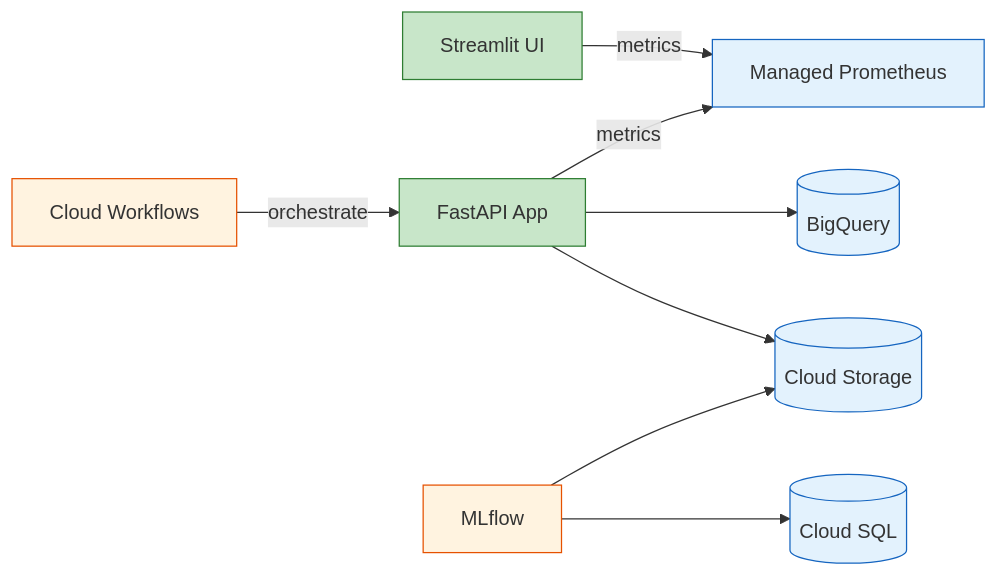
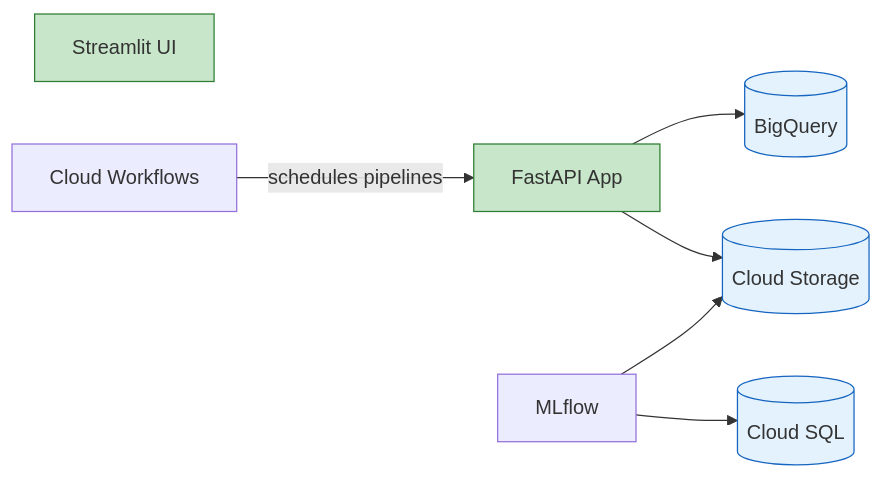
Before and after one commit to javihslu/foehncast: the second of 2 diagrams in README.md, drawn with Mermaid. The commit also changed other lines of this file and 6 other files, not shown here.

````diff
--- a/README.md
+++ b/README.md
@@ -151,21 +91,18 @@
 ```mermaid
 flowchart LR
     classDef public fill:#c8e6c9,stroke:#2e7d32
-    classDef protected fill:#fff3e0,stroke:#e65100
     classDef managed fill:#e3f2fd,stroke:#1565c0
 
     UI[Streamlit UI]:::public
     APP[FastAPI App]:::public
-    MLF[MLflow]:::protected
-    WF[Cloud Workflows]:::protected
+    MLF[MLflow]
+    WF[Cloud Workflows]
 
     BQ[(BigQuery)]:::managed
     GCS[(Cloud Storage)]:::managed
     SQL[(Cloud SQL)]:::managed
-    GMP[Managed Prometheus]:::managed
 
-    UI & APP -->|metrics| GMP
     APP --> BQ & GCS
     MLF --> SQL & GCS
-    WF -->|orchestrate| APP
+    WF -->|schedules pipelines| APP
 ```
````
